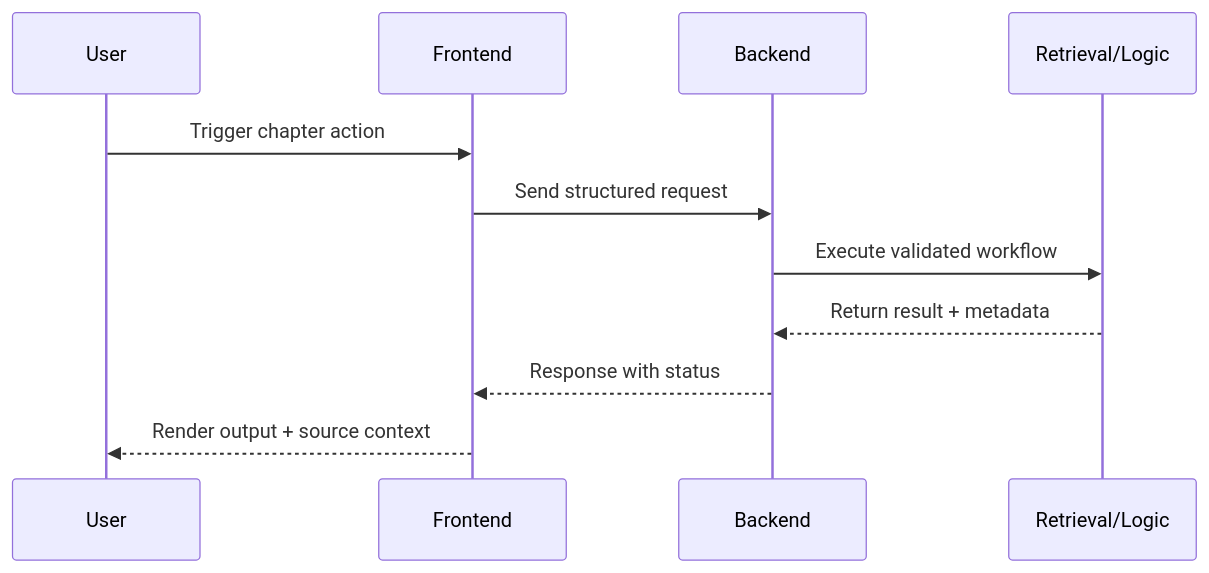
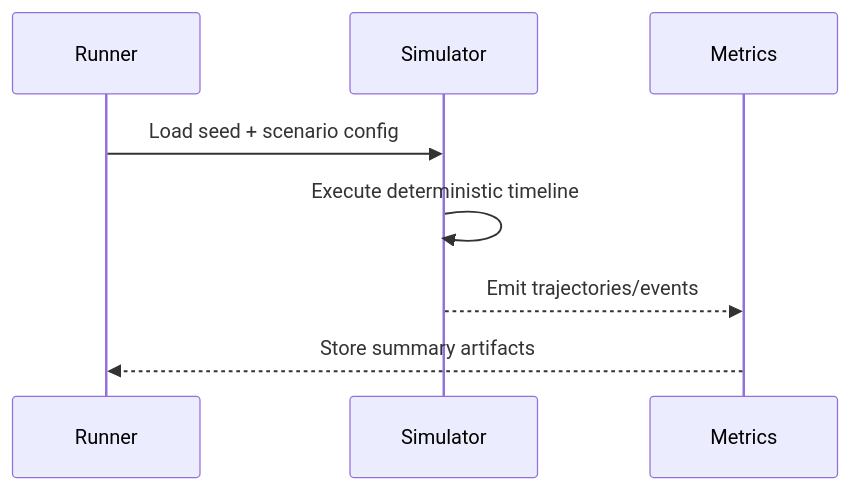
The diagram in docs/module-2-simulation/deterministic-scenarios.mdx (MariumAfzal2703/physical-ai-humanoid-robotics-textbook), drawn with Mermaid before and after one commit. The commit also changed other lines of this file and 13 other files, not shown here.

````diff
--- a/docs/module-2-simulation/deterministic-scenarios.mdx
+++ b/docs/module-2-simulation/deterministic-scenarios.mdx
@@ -116,13 +45,10 @@
 ```mermaid
 sequenceDiagram
-  participant U as User
-  participant UI as Frontend
-  participant API as Backend
-  participant R as Retrieval/Logic
-  U->>UI: Trigger chapter action
-  UI->>API: Send structured request
-  API->>R: Execute validated workflow
-  R-->>API: Return result + metadata
-  API-->>UI: Response with status
-  UI-->>U: Render output + source context
+  participant R as Runner
+  participant S as Simulator
+  participant M as Metrics
+  R->>S: Load seed + scenario config
+  S->>S: Execute deterministic timeline
+  S-->>M: Emit trajectories/events
+  M-->>R: Store summary artifacts
 ```
````
